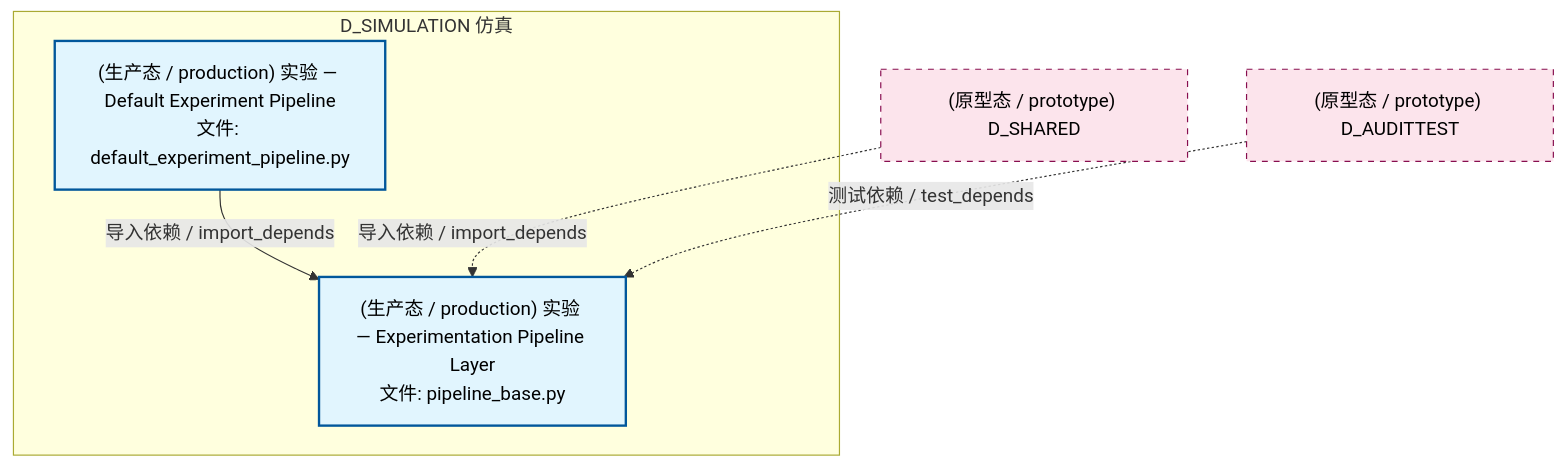
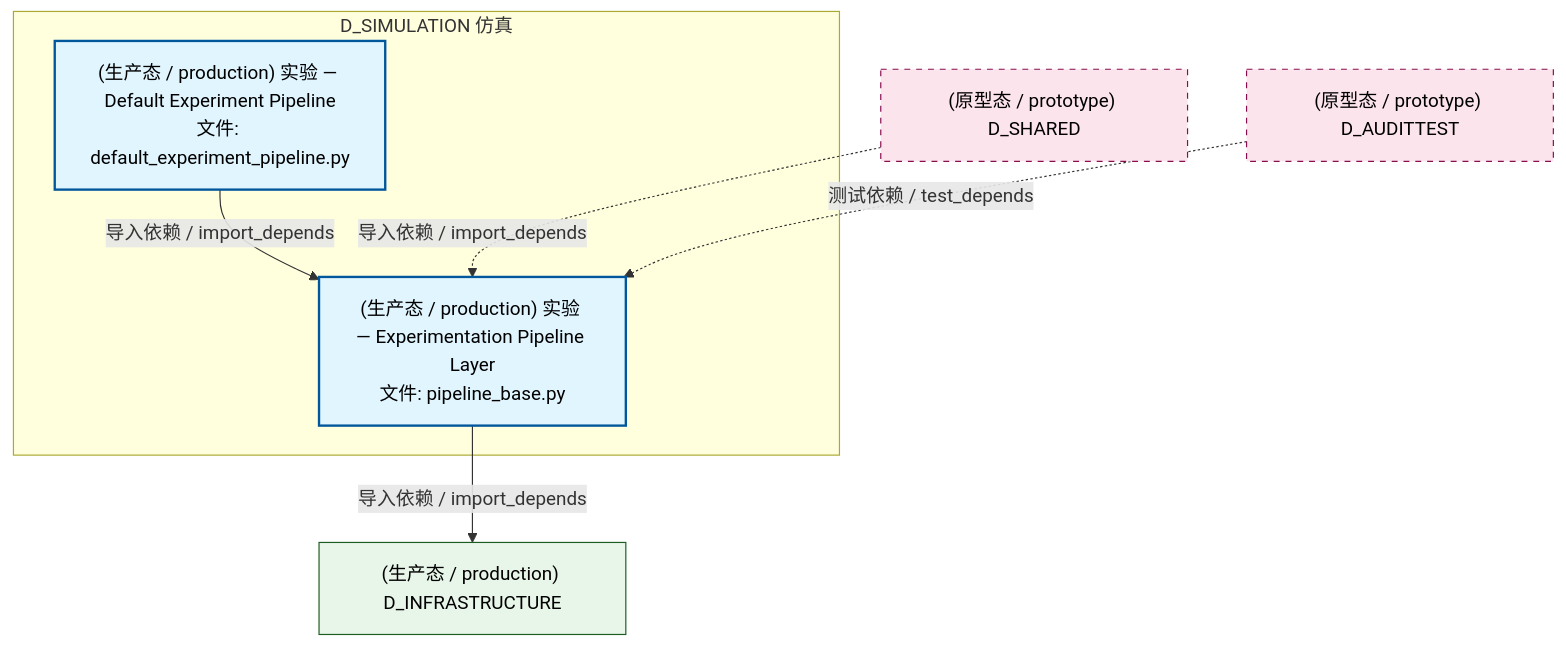
The second of 5 diagrams in docs/02_enterprise_architecture/02_domain_architecture_docs/55_d_simulation.md (xuanFelixVan/ZephyrAlpha), drawn with Mermaid before and after one commit. The commit also changed other lines of this file and 112 other files, not shown here.

````diff
--- a/docs/02_enterprise_architecture/02_domain_architecture_docs/55_d_simulation.md
+++ b/docs/02_enterprise_architecture/02_domain_architecture_docs/55_d_simulation.md
@@ -110,18 +113,21 @@
 ```mermaid
 graph TD
     subgraph D_SIMULATION["D_SIMULATION 仿真"]
         src_zephyr_simulation_implementations_default_experiment_pipeline_py["(生产态 / production) 实验 — Default Experiment Pipeline<br/>文件: default_experiment_pipeline.py"]
         src_zephyr_simulation_pipeline_base_py["(生产态 / production) 实验 — Experimentation Pipeline Layer<br/>文件: pipeline_base.py"]
     end
     src_zephyr_simulation_implementations_default_experiment_pipeline_py -->|导入依赖 / import_depends| src_zephyr_simulation_pipeline_base_py
+    D_INFRASTRUCTURE["(生产态 / production) D_INFRASTRUCTURE"]
+    src_zephyr_simulation_pipeline_base_py -->|导入依赖 / import_depends| D_INFRASTRUCTURE
     D_SHARED["(原型态 / prototype) D_SHARED"]
     D_SHARED -.->|导入依赖 / import_depends| src_zephyr_simulation_pipeline_base_py
     D_AUDITTEST["(原型态 / prototype) D_AUDITTEST"]
     D_AUDITTEST -.->|测试依赖 / test_depends| src_zephyr_simulation_pipeline_base_py
     classDef production fill:#e1f5fe,stroke:#01579b,stroke-width:2px,color:#000
     classDef design fill:#fff3e0,stroke:#e65100,stroke-width:2px,color:#000,stroke-dasharray: 5 5
     classDef external_prod fill:#e8f5e9,stroke:#1b5e20,stroke-width:1px,color:#000
     classDef external_design fill:#fce4ec,stroke:#880e4f,stroke-width:1px,color:#000,stroke-dasharray: 5 5
     class src_zephyr_simulation_implementations_default_experiment_pipeline_py,src_zephyr_simulation_pipeline_base_py production
+    class D_INFRASTRUCTURE external_prod
     class D_SHARED,D_AUDITTEST external_design
 ```
````
